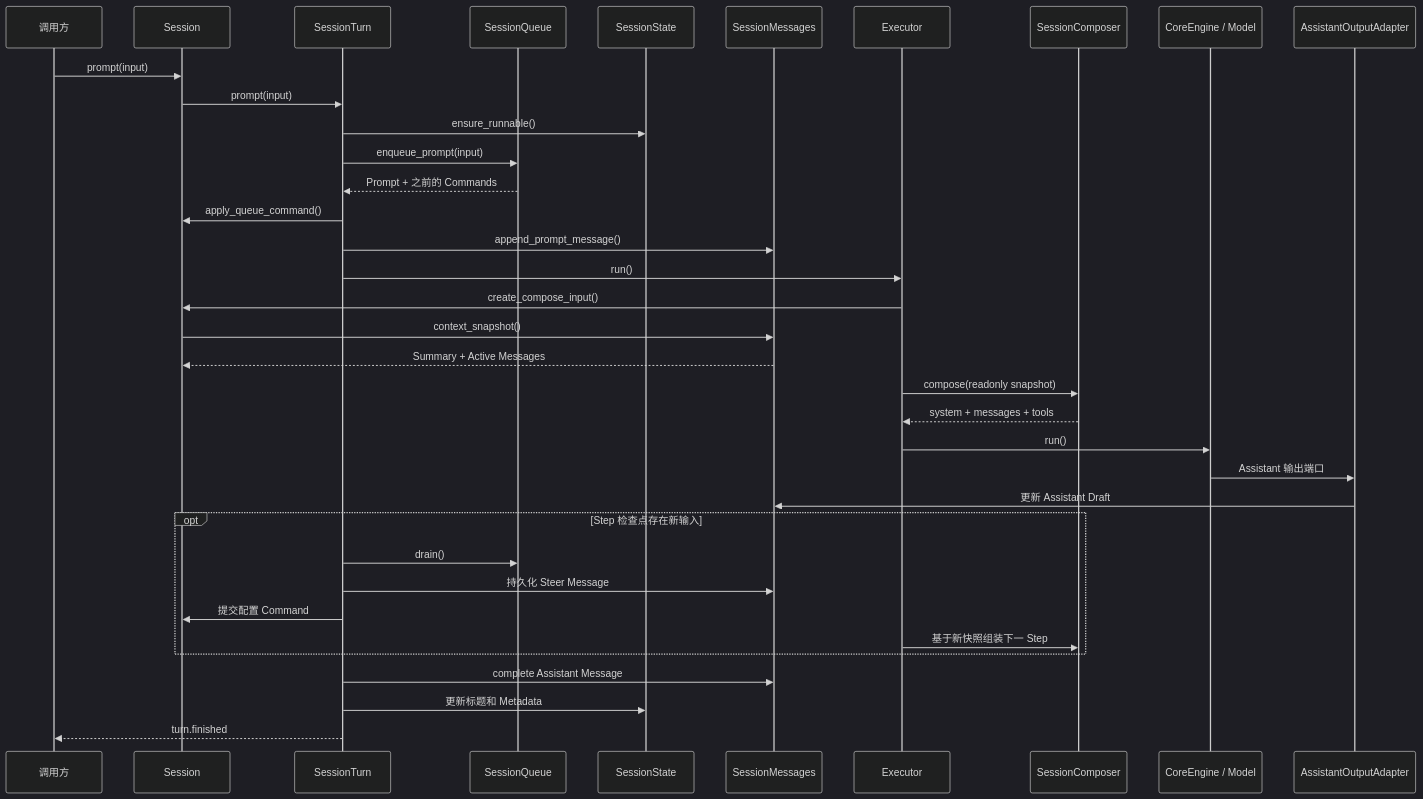
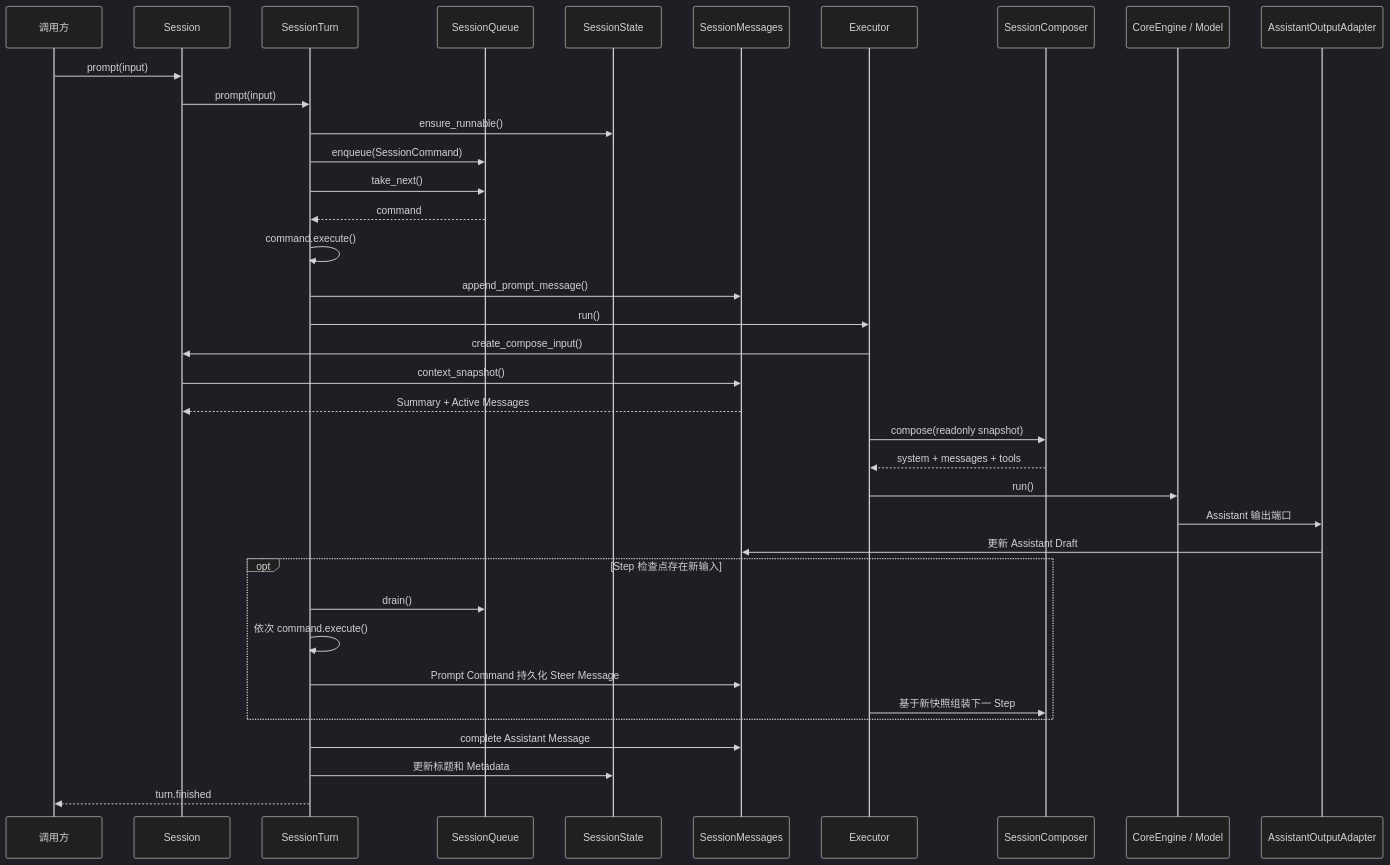
The second of 3 diagrams in docs/session-runtime-architecture.md (genesiscosmos/downcity), drawn with Mermaid (dark theme) before and after one commit. The commit also changed other lines of this file and 32 other files, not shown here.

Commit message:
feat(agent): unify queued session commands

````diff
--- a/docs/session-runtime-architecture.md
+++ b/docs/session-runtime-architecture.md
@@ -61,41 +64,42 @@
 ```mermaid
 sequenceDiagram
     participant App as 调用方
     participant Session
     participant Turn as SessionTurn
     participant Queue as SessionQueue
     participant State as SessionState
     participant Messages as SessionMessages
     participant Executor
     participant Composer as SessionComposer
     participant Engine as CoreEngine / Model
     participant Output as AssistantOutputAdapter
 
     App->>Session: prompt(input)
     Session->>Turn: prompt(input)
     Turn->>State: ensure_runnable()
-    Turn->>Queue: enqueue_prompt(input)
-    Queue-->>Turn: Prompt + 之前的 Commands
-    Turn->>Session: apply_queue_command()
+    Turn->>Queue: enqueue(SessionCommand)
+    Turn->>Queue: take_next()
+    Queue-->>Turn: command
+    Turn->>Turn: command.execute()
     Turn->>Messages: append_prompt_message()
     Turn->>Executor: run()
     Executor->>Session: create_compose_input()
     Session->>Messages: context_snapshot()
     Messages-->>Session: Summary + Active Messages
     Executor->>Composer: compose(readonly snapshot)
     Composer-->>Executor: system + messages + tools
     Executor->>Engine: run()
     Engine->>Output: Assistant 输出端口
     Output->>Messages: 更新 Assistant Draft
 
     opt Step 检查点存在新输入
         Turn->>Queue: drain()
-        Turn->>Messages: 持久化 Steer Message
-        Turn->>Session: 提交配置 Command
+        Turn->>Turn: 依次 command.execute()
+        Turn->>Messages: Prompt Command 持久化 Steer Message
         Executor->>Composer: 基于新快照组装下一 Step
     end
 
     Turn->>Messages: complete Assistant Message
     Turn->>State: 更新标题和 Metadata
     Turn-->>App: turn.finished
 ```
````
